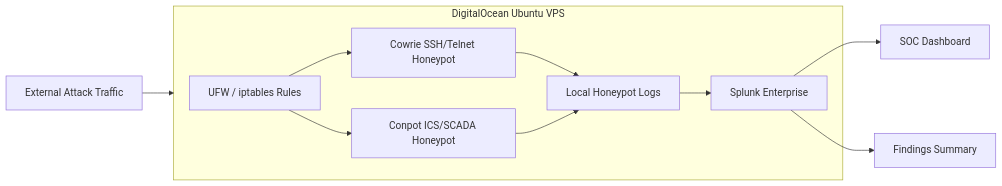
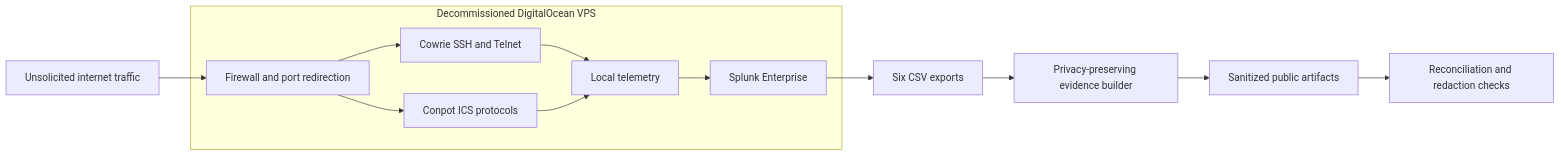
Before and after one commit to PeteAndrews1289/honeypot-siem-project: the diagram in README.md, drawn with Mermaid. The commit also changed other lines of this file and 31 other files, not shown here.

Commit message:
Publish privacy-safe honeypot evidence

````diff
--- a/README.md
+++ b/README.md
@@ -27,20 +26,17 @@
 ```mermaid
 flowchart LR
-    Internet[External Attack Traffic] --> VPS[DigitalOcean Ubuntu VPS]
+    Internet[Unsolicited internet traffic] --> Edge[Firewall and port redirection]
 
-    subgraph VPS[DigitalOcean Ubuntu VPS]
-        Firewall[UFW / iptables Rules]
-        Cowrie[Cowrie SSH/Telnet Honeypot]
-        Conpot[Conpot ICS/SCADA Honeypot]
-        Logs[Local Honeypot Logs]
-        Splunk[Splunk Enterprise]
+    subgraph Lab[Decommissioned DigitalOcean VPS]
+        Edge --> Cowrie[Cowrie SSH and Telnet]
+        Edge --> Conpot[Conpot ICS protocols]
+        Cowrie --> Logs[Local telemetry]
+        Conpot --> Logs
+        Logs --> Splunk[Splunk Enterprise]
     end
 
-    Firewall --> Cowrie
-    Firewall --> Conpot
-    Cowrie --> Logs
-    Conpot --> Logs
-    Logs --> Splunk
-    Splunk --> Dashboard[SOC Dashboard]
-    Splunk --> Findings[Findings Summary]
+    Splunk --> Exports[Six CSV exports]
+    Exports --> Builder[Privacy-preserving evidence builder]
+    Builder --> Public[Sanitized public artifacts]
+    Public --> CI[Reconciliation and redaction checks]
 ```
````
